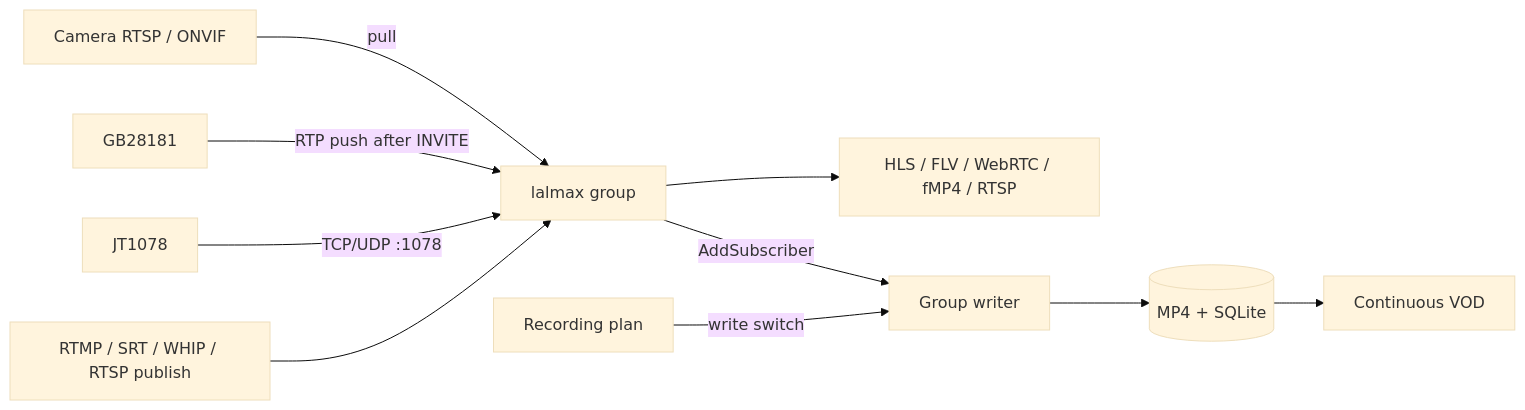
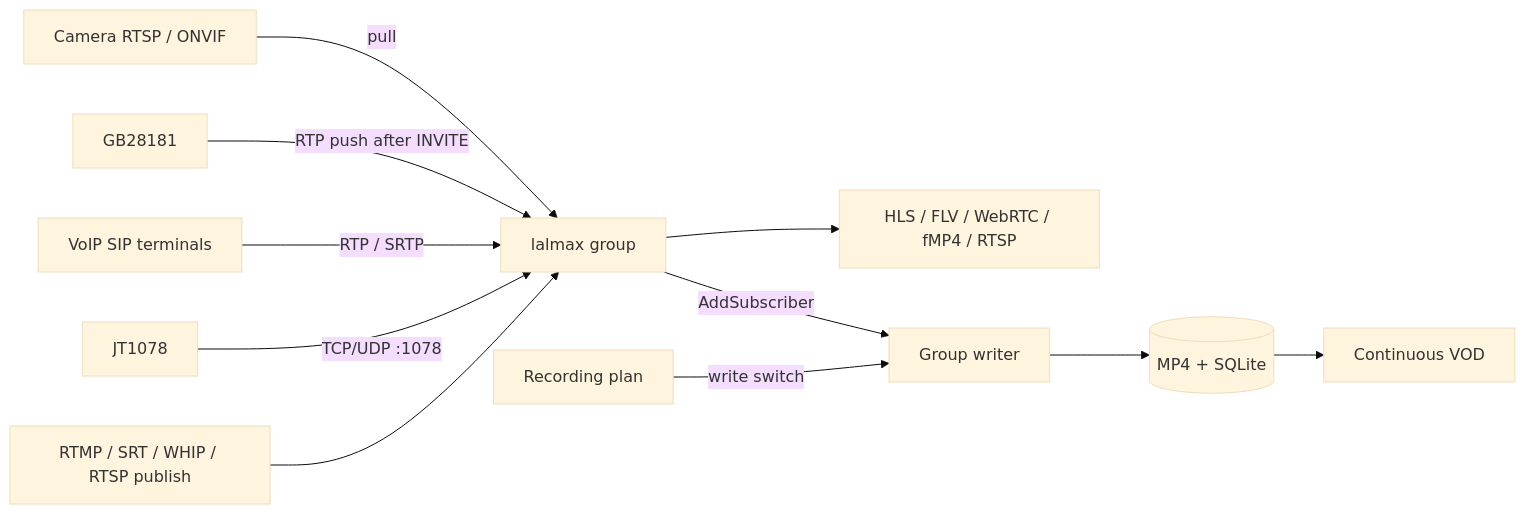
Before and after one commit to lalmax-pro/lalmax-nvr: the diagram in README.md, drawn with Mermaid (base theme). The commit also changed other lines of this file and 3 other files, not shown here.

````diff
--- a/README.md
+++ b/README.md
@@ -36,12 +36,13 @@
 ```mermaid
 flowchart LR
   Cam[Camera RTSP / ONVIF] -->|pull| Group[lalmax group]
   GB[GB28181] -->|RTP push after INVITE| Group
+  SIP[VoIP SIP terminals] -->|RTP / SRTP| Group
   JT[JT1078] -->|TCP/UDP :1078| Group
   Push[RTMP / SRT / WHIP / RTSP publish] --> Group
   Group --> Live[HLS / FLV / WebRTC / fMP4 / RTSP]
   Group -->|AddSubscriber| Rec[Group writer]
   Plan[Recording plan] -->|write switch| Rec
   Rec --> Disk[(MP4 + SQLite)]
   Disk --> VOD[Continuous VOD]
 ```
````
